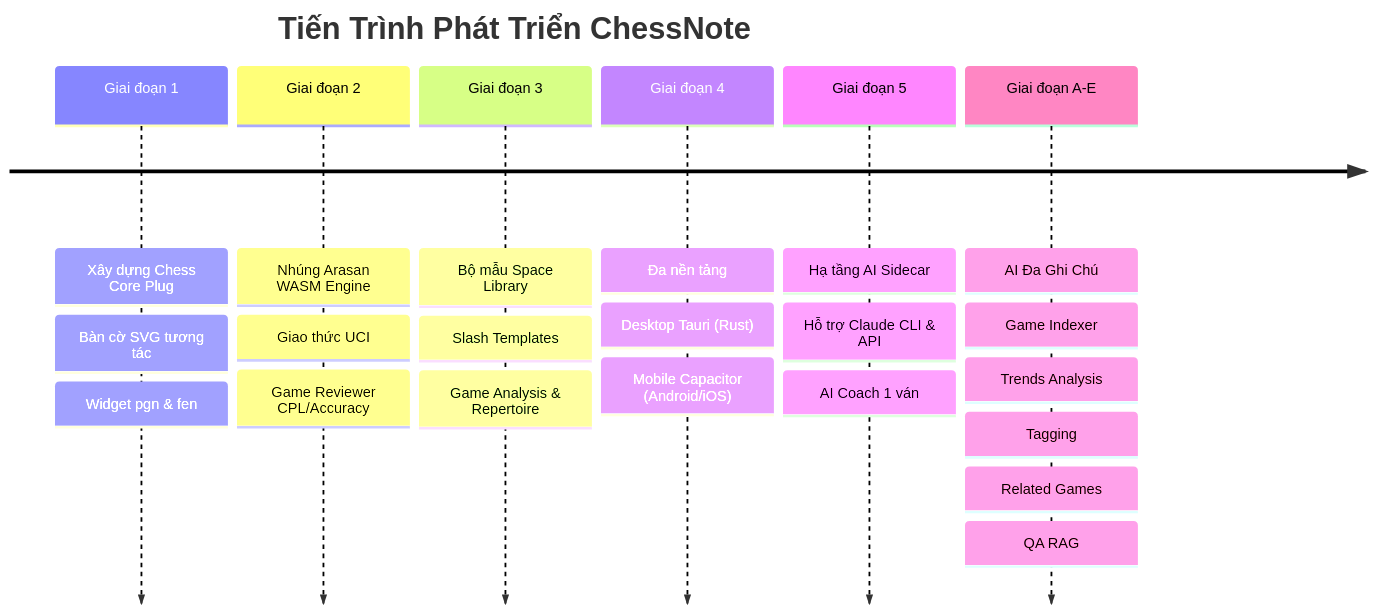
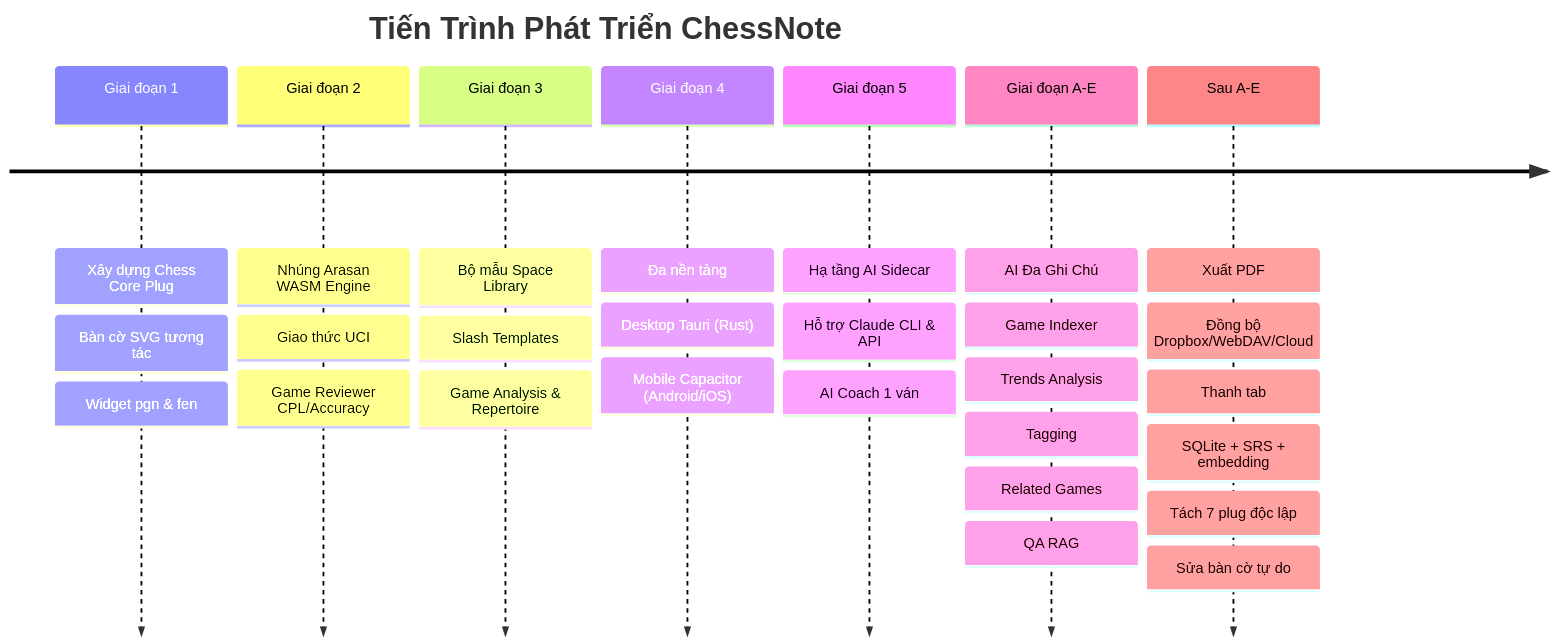
Before and after one commit to covuaduongsinh/chessnote: the diagram in MEMORY.md, drawn with Mermaid. The commit also changed other lines of this file and 22 other files, not shown here.

````diff
--- a/MEMORY.md
+++ b/MEMORY.md
@@ -11,10 +11,11 @@
 ```mermaid
 timeline
     title Tiến Trình Phát Triển ChessNote
     Giai đoạn 1 : Xây dựng Chess Core Plug : Bàn cờ SVG tương tác : Widget pgn & fen
     Giai đoạn 2 : Nhúng Arasan WASM Engine : Giao thức UCI : Game Reviewer CPL/Accuracy
     Giai đoạn 3 : Bộ mẫu Space Library : Slash Templates : Game Analysis & Repertoire
     Giai đoạn 4 : Đa nền tảng : Desktop Tauri (Rust) : Mobile Capacitor (Android/iOS)
     Giai đoạn 5 : Hạ tầng AI Sidecar : Hỗ trợ Claude CLI & API : AI Coach 1 ván
     Giai đoạn A-E : AI Đa Ghi Chú : Game Indexer : Trends Analysis : Tagging : Related Games : QA RAG
+    Sau A-E : Xuất PDF : Đồng bộ Dropbox/WebDAV/Cloud : Thanh tab : SQLite + SRS + embedding : Tách 7 plug độc lập : Sửa bàn cờ tự do
 ```
````
